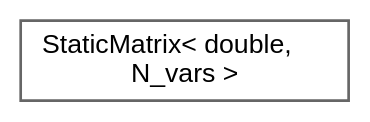
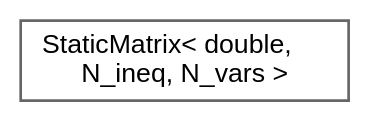
The diagram in inherit_graph_78.dot (jswoo0615/Algorithms_for_Optimization_cpp), drawn with Graphviz before and after one commit. The commit also changed 78 other files, not shown here.

```diff
--- a/inherit_graph_78.dot
+++ b/inherit_graph_78.dot
@@ -1,9 +1,9 @@
 digraph "Graphical Class Hierarchy"
 {
  // LATEX_PDF_SIZE
   bgcolor="transparent";
   edge [fontname=Helvetica,fontsize=10,labelfontname=Helvetica,labelfontsize=10];
   node [fontname=Helvetica,fontsize=10,shape=box,height=0.2,width=0.4];
   rankdir="LR";
-  Node0 [id="Node000000",label="StaticMatrix\< double,\l N_vars \>",height=0.2,width=0.4,color="grey40", fillcolor="white", style="filled",URL="$classStaticMatrix.html",tooltip=" "];
+  Node0 [id="Node000000",label="StaticMatrix\< double,\l N_ineq, N_vars \>",height=0.2,width=0.4,color="grey40", fillcolor="white", style="filled",URL="$classStaticMatrix.html",tooltip=" "];
 }
```
